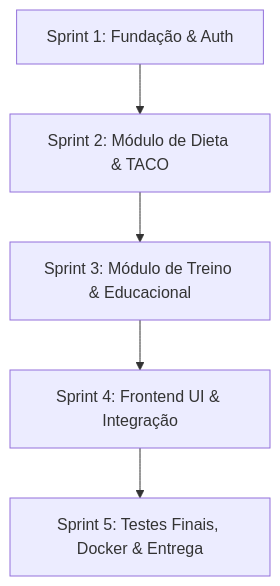
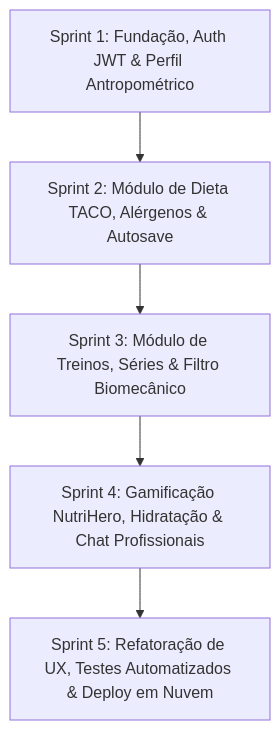
The diagram in docs/fase-1-processo-planejamento.md (gustavoruegenberg1-hash/nutriplan), drawn with Mermaid before and after one commit. The commit also changed other lines of this file and 11 other files, not shown here.

````diff
--- a/docs/fase-1-processo-planejamento.md
+++ b/docs/fase-1-processo-planejamento.md
@@ -48,7 +58,7 @@
 ```mermaid
 graph TD
-    A[Sprint 1: Fundação & Auth] --> B[Sprint 2: Módulo de Dieta & TACO]
-    B --> C[Sprint 3: Módulo de Treino & Educacional]
-    C --> D[Sprint 4: Frontend UI & Integração]
-    D --> E[Sprint 5: Testes Finais, Docker & Entrega]
+    A[Sprint 1: Fundação, Auth JWT & Perfil Antropométrico] --> B[Sprint 2: Módulo de Dieta TACO, Alérgenos & Autosave]
+    B --> C[Sprint 3: Módulo de Treinos, Séries & Filtro Biomecânico]
+    C --> D[Sprint 4: Gamificação NutriHero, Hidratação & Chat Profissionais]
+    D --> E[Sprint 5: Refatoração de UX, Testes Automatizados & Deploy em Nuvem]
 ```
````
